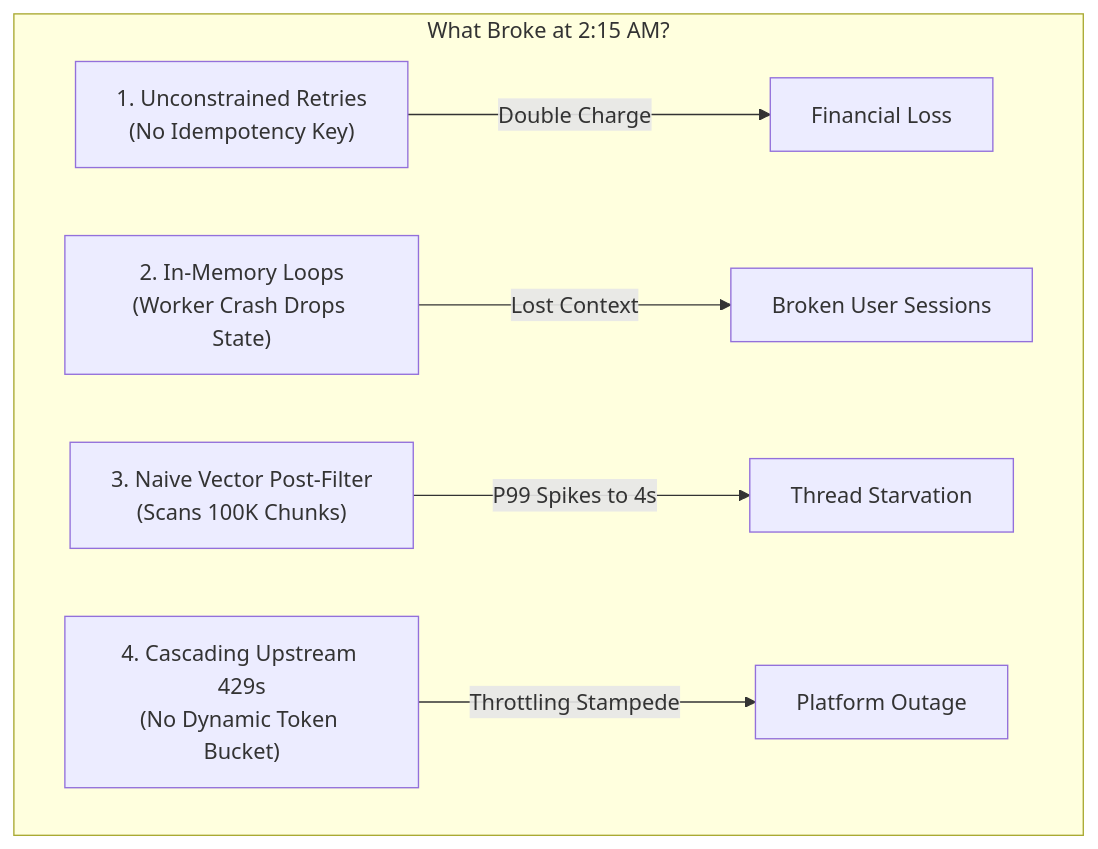
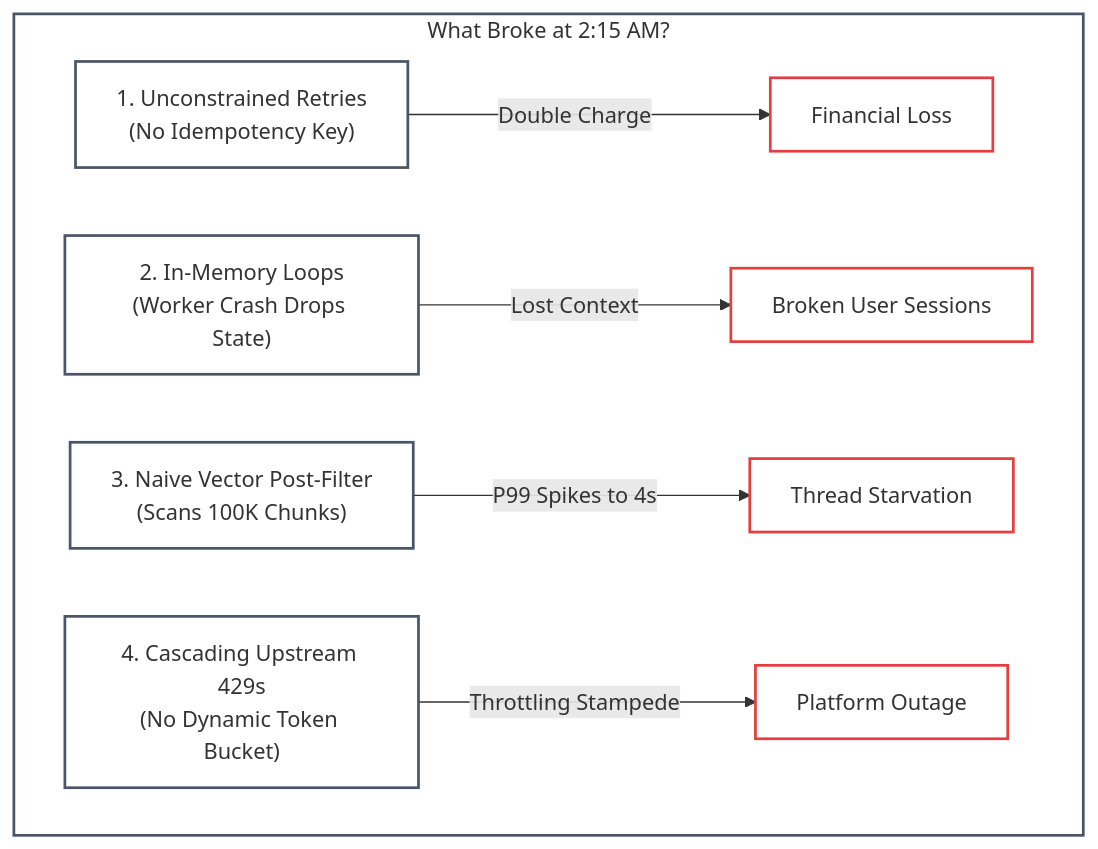
One commit to dip4k/senior-engineer-to-ai-engineer-roadmap changed the first of 10 diagrams in interview/ai-platform-engineer-handbook.md. Above: the diagram before and after it, drawn with Mermaid. The commit also changed other lines of this file and 49 other files, not shown here.

First line of the commit message:
feat(curriculum): complete 2026 refactoring across roadmaps, use-cases, labs, and agent-forge

````diff
--- a/interview/ai-platform-engineer-handbook.md
+++ b/interview/ai-platform-engineer-handbook.md
@@ -42,9 +42,14 @@
 ```mermaid
 flowchart TD
+    classDef default fill:none,stroke:#4a5568,stroke-width:2px;
+    classDef highlight fill:none,stroke:#e53e3e,stroke-width:2px;
+
     subgraph Nightmare ["What Broke at 2:15 AM?"]
-        A["1. Unconstrained Retries<br>(No Idempotency Key)"] -->|"Double Charge"| F1["Financial Loss"]
-        B["2. In-Memory Loops<br>(Worker Crash Drops State)"] -->|"Lost Context"| F2["Broken User Sessions"]
-        C["3. Naive Vector Post-Filter<br>(Scans 100K Chunks)"] -->|"P99 Spikes to 4s"| F3["Thread Starvation"]
-        D["4. Cascading Upstream 429s<br>(No Dynamic Token Bucket)"] -->|"Throttling Stampede"| F4["Platform Outage"]
+        A["1. Unconstrained Retries<br>(No Idempotency Key)"]:::default -->|"Double Charge"| F1["Financial Loss"]:::highlight
+        B["2. In-Memory Loops<br>(Worker Crash Drops State)"]:::default -->|"Lost Context"| F2["Broken User Sessions"]:::highlight
+        C["3. Naive Vector Post-Filter<br>(Scans 100K Chunks)"]:::default -->|"P99 Spikes to 4s"| F3["Thread Starvation"]:::highlight
+        D["4. Cascading Upstream 429s<br>(No Dynamic Token Bucket)"]:::default -->|"Throttling Stampede"| F4["Platform Outage"]:::highlight
     end
+
+    style Nightmare fill:none,stroke:#4a5568,stroke-width:2px;
 ```
````
